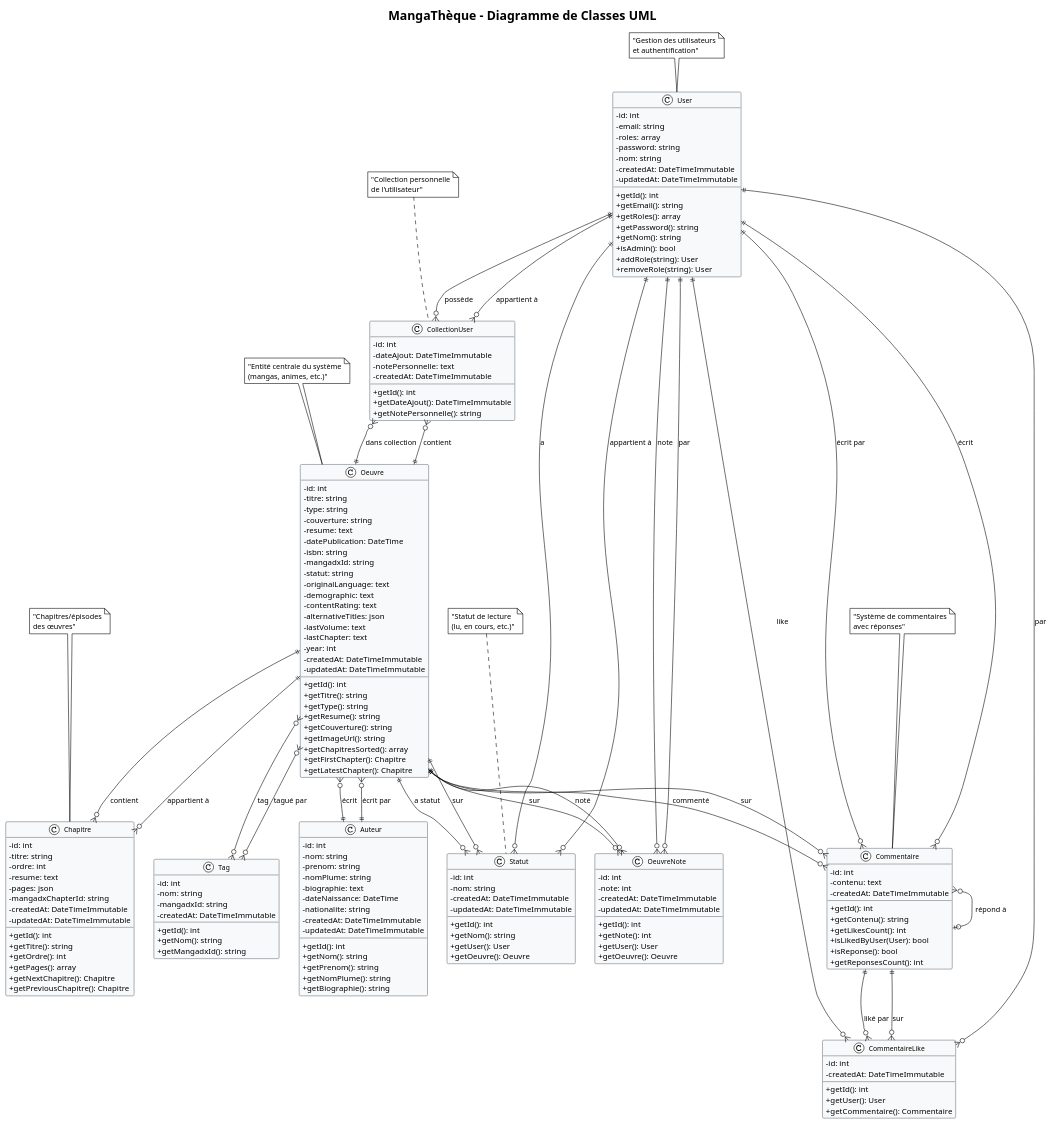
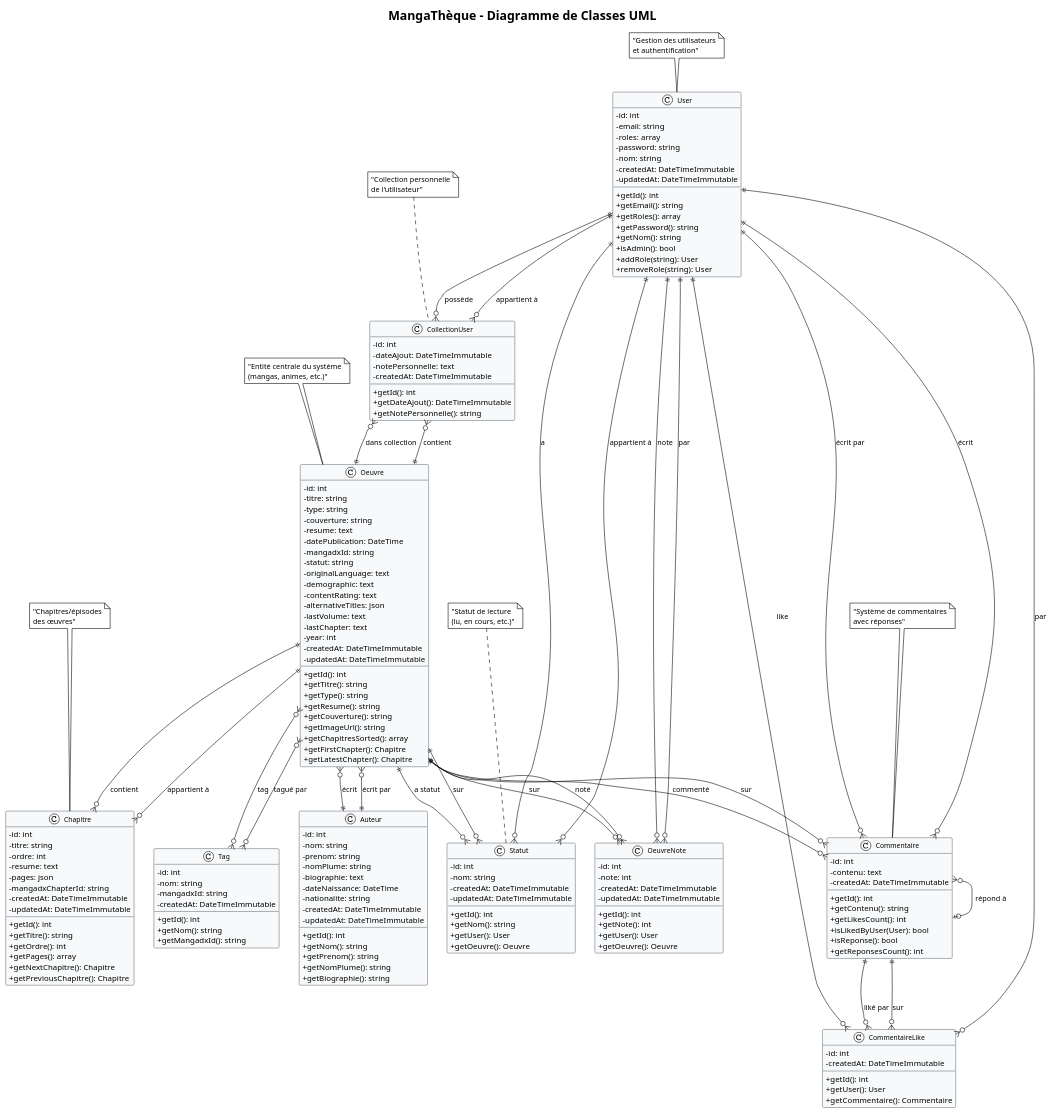
Before and after one commit to francissombouth/manga: the diagram in diagramme_uml_mangatheque.puml, drawn with PlantUML. The commit also changed 23 other files, not shown here.

```diff
--- a/diagramme_uml_mangatheque.puml
+++ b/diagramme_uml_mangatheque.puml
@@ -38,7 +38,6 @@
   -couverture: string
   -resume: text
   -datePublication: DateTime
-  -isbn: string
   -mangadxId: string
   -statut: string
   -originalLanguage: text
```
